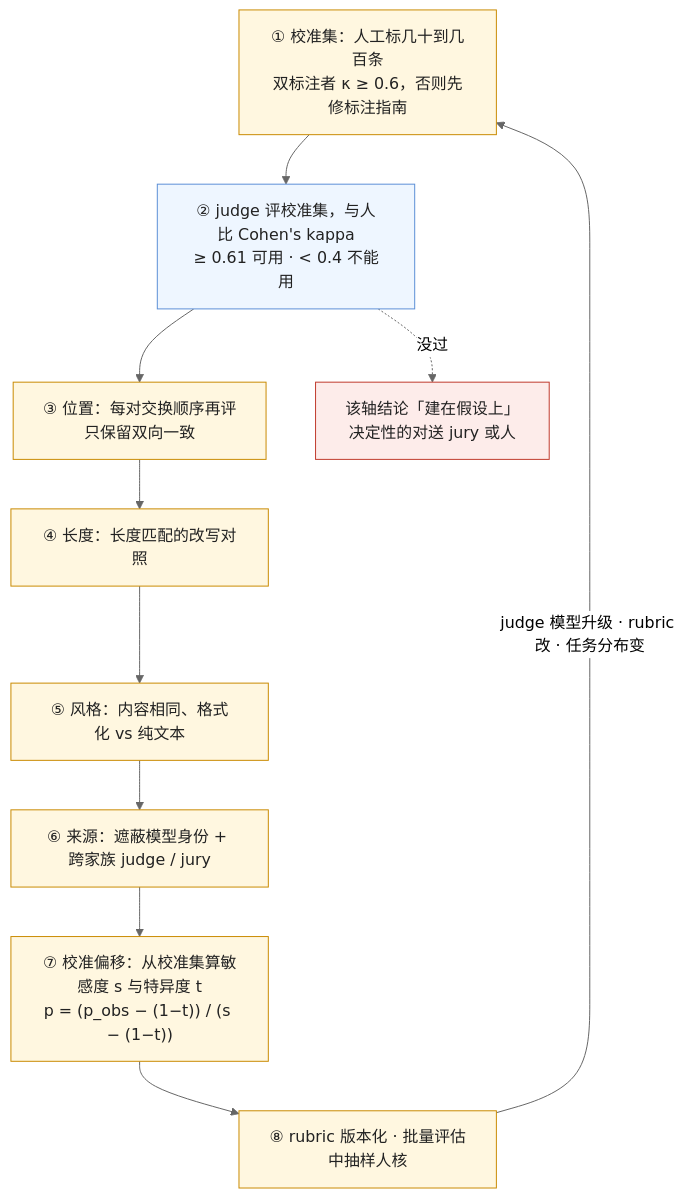
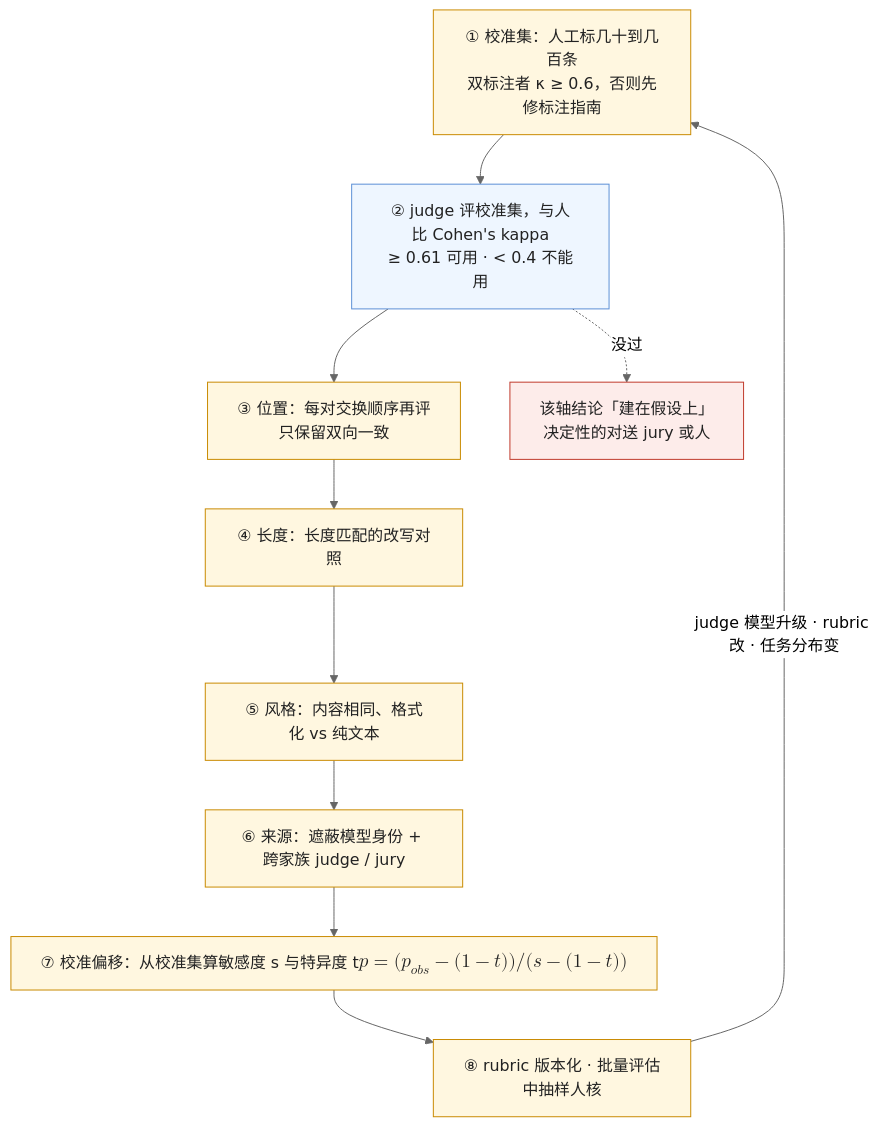
Before and after one commit to arganzheng/arganzheng.github.com: the fourth of 6 diagrams in _posts/2026-11-01-scoring-rules-llm-as-a-judge-and-humans.md, drawn with Mermaid (neutral theme).

Commit message:
评测（03）评分规则与 judge：校准偏移公式改用 KaTeX
judge 校准八步协议图第 ⑦ 步的 p = (p_obs − (1−t)) / (s − (1−t)) 改为正文同一写法 $$p = (p_{obs} - (1-t)) / (s - (1-t))$$。κ 在正文里一律写作 κ（9 处，非公式），图里保持一致不改；xychart 坐标轴标题是纯 SVG 文字，保持原样。

````diff
--- a/_posts/2026-11-01-scoring-rules-llm-as-a-judge-and-humans.md
+++ b/_posts/2026-11-01-scoring-rules-llm-as-a-judge-and-humans.md
@@ -137,19 +137,19 @@
 ```mermaid
 %% 图：judge 校准的八步协议——先有人的校准集（双标注者 κ ≥ 0.6，否则先修指南），再量 judge 与人的 kappa（≥ 0.61 才能用），然后逐一测四类偏差（交换顺序、长度匹配、格式对照、遮蔽来源 + 跨家族），算敏感度 / 特异度反推真实通过率，最后固定 rubric 并持续抽检；judge 模型升级、rubric 改、任务分布变则重校
 flowchart TB
     S1["① 校准集：人工标几十到几百条<br/>双标注者 κ ≥ 0.6，否则先修标注指南"] --> S2["② judge 评校准集，与人比 Cohen's kappa<br/>≥ 0.61 可用 · < 0.4 不能用"]
     S2 --> S3["③ 位置：每对交换顺序再评<br/>只保留双向一致"]
     S3 --> S4["④ 长度：长度匹配的改写对照"]
     S4 --> S5["⑤ 风格：内容相同、格式化 vs 纯文本"]
     S5 --> S6["⑥ 来源：遮蔽模型身份 + 跨家族 judge / jury"]
-    S6 --> S7["⑦ 校准偏移：从校准集算敏感度 s 与特异度 t<br/>p = (p_obs − (1−t)) / (s − (1−t))"]
+    S6 --> S7["⑦ 校准偏移：从校准集算敏感度 s 与特异度 t<br/>$$p = (p_{obs} - (1-t)) / (s - (1-t))$$"]
     S7 --> S8["⑧ rubric 版本化 · 批量评估中抽样人核"]
     S8 -->|"judge 模型升级 · rubric 改 · 任务分布变"| S1
     S2 -.->|"没过"| X["该轴结论「建在假设上」<br/>决定性的对送 jury 或人"]
     classDef step fill:#fff7e0,stroke:#c98a00,color:#222
     classDef gate fill:#eef6ff,stroke:#5b8fd6,color:#222
     classDef bad fill:#fdecea,stroke:#c0392b,color:#222
     class S1,S3,S4,S5,S6,S7,S8 step
     class S2 gate
     class X bad
 ```
````
